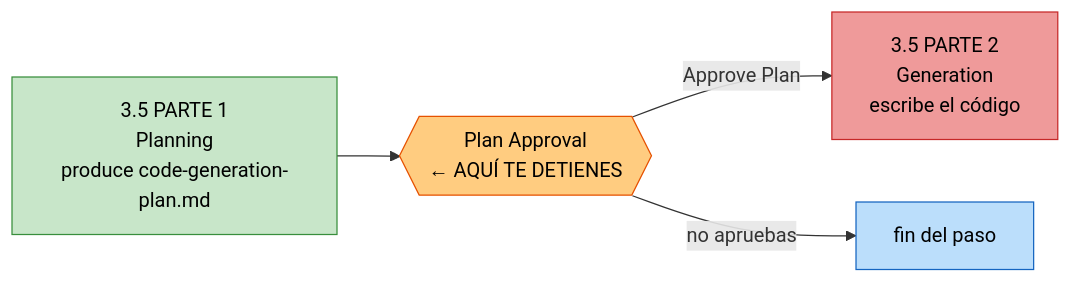
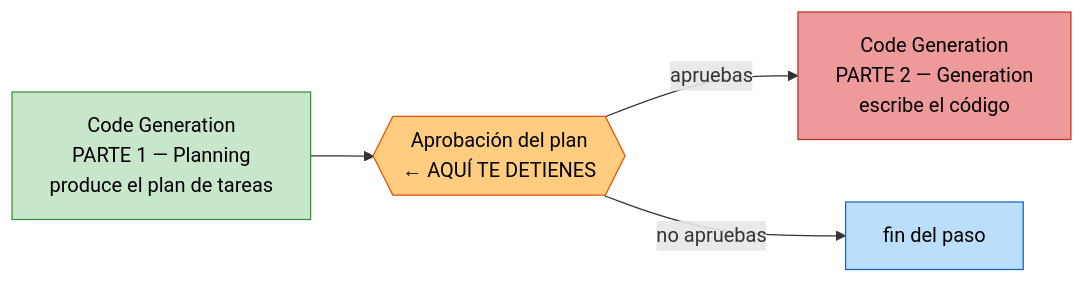
Before and after one commit to lfarizav/topicos-especiales: the second of 3 diagrams in modulo5/proyecto-final-de-prd-a-unidades-y-tareas.md, drawn with Mermaid. The commit also changed other lines of this file and 1 other file, not shown here.

````diff
--- a/modulo5/proyecto-final-de-prd-a-unidades-y-tareas.md
+++ b/modulo5/proyecto-final-de-prd-a-unidades-y-tareas.md
@@ -729,15 +728,15 @@
 ```mermaid
 flowchart LR
-    P["3.5 PARTE 1<br/>Planning<br/>produce code-generation-plan.md"]
-    G{{"Plan Approval<br/>← AQUÍ TE DETIENES"}}
-    C["3.5 PARTE 2<br/>Generation<br/>escribe el código"]
+    P["Code Generation<br/>PARTE 1 — Planning<br/>produce el plan de tareas"]
+    G{{"Aprobación del plan<br/>← AQUÍ TE DETIENES"}}
+    C["Code Generation<br/>PARTE 2 — Generation<br/>escribe el código"]
 
     P --> G
-    G -->|"Approve Plan"| C
+    G -->|"apruebas"| C
     G -->|"no apruebas"| STOP["fin del paso"]
 
     style P fill:#c8e6c9,stroke:#388e3c,color:#000
     style G fill:#ffcc80,stroke:#e65100,color:#000
     style C fill:#ef9a9a,stroke:#c62828,color:#000
     style STOP fill:#bbdefb,stroke:#1565c0,color:#000
 ```
````
